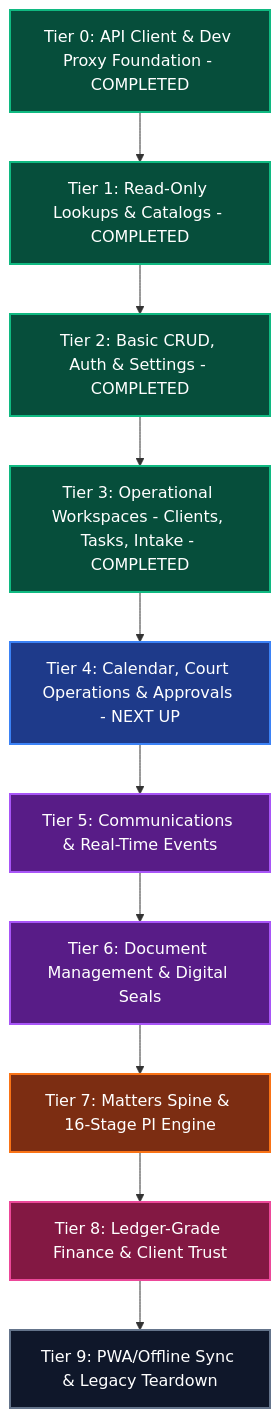
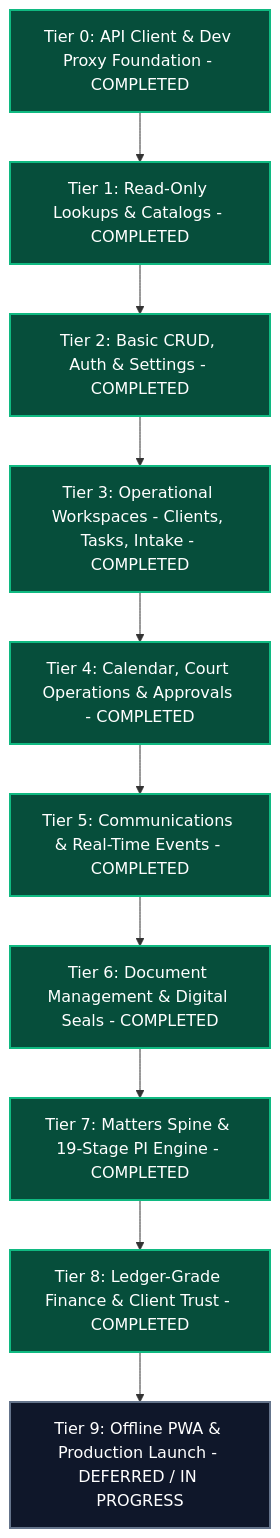
One commit to davemusau00/KKA changed the diagram in backend-frontend-integration.md. Above: the diagram before and after it, drawn with Mermaid. The commit also changed other lines of this file and 6 other files, not shown here.

````diff
--- a/backend-frontend-integration.md
+++ b/backend-frontend-integration.md
@@ -99,23 +99,23 @@
 ```mermaid
 graph TD
     T0[Tier 0: API Client & Dev Proxy Foundation - COMPLETED] --> T1[Tier 1: Read-Only Lookups & Catalogs - COMPLETED]
     T1 --> T2[Tier 2: Basic CRUD, Auth & Settings - COMPLETED]
     T2 --> T3[Tier 3: Operational Workspaces - Clients, Tasks, Intake - COMPLETED]
-    T3 --> T4[Tier 4: Calendar, Court Operations & Approvals - NEXT UP]
-    T4 --> T5[Tier 5: Communications & Real-Time Events]
-    T5 --> T6[Tier 6: Document Management & Digital Seals]
-    T6 --> T7[Tier 7: Matters Spine & 16-Stage PI Engine]
-    T7 --> T8[Tier 8: Ledger-Grade Finance & Client Trust]
-    T8 --> T9[Tier 9: PWA/Offline Sync & Legacy Teardown]
+    T3 --> T4[Tier 4: Calendar, Court Operations & Approvals - COMPLETED]
+    T4 --> T5[Tier 5: Communications & Real-Time Events - COMPLETED]
+    T5 --> T6[Tier 6: Document Management & Digital Seals - COMPLETED]
+    T6 --> T7[Tier 7: Matters Spine & 19-Stage PI Engine - COMPLETED]
+    T7 --> T8[Tier 8: Ledger-Grade Finance & Client Trust - COMPLETED]
+    T8 --> T9[Tier 9: Offline PWA & Production Launch - DEFERRED / IN PROGRESS]
 
     style T0 fill:#064e3b,stroke:#10b981,stroke-width:2px,color:#fff
     style T1 fill:#064e3b,stroke:#10b981,stroke-width:2px,color:#fff
     style T2 fill:#064e3b,stroke:#10b981,stroke-width:2px,color:#fff
     style T3 fill:#064e3b,stroke:#10b981,stroke-width:2px,color:#fff
-    style T4 fill:#1e3a8a,stroke:#3b82f6,stroke-width:2px,color:#fff
-    style T5 fill:#581c87,stroke:#a855f7,stroke-width:2px,color:#fff
-    style T6 fill:#581c87,stroke:#a855f7,stroke-width:2px,color:#fff
-    style T7 fill:#7c2d12,stroke:#f97316,stroke-width:2px,color:#fff
-    style T8 fill:#831843,stroke:#ec4899,stroke-width:2px,color:#fff
+    style T4 fill:#064e3b,stroke:#10b981,stroke-width:2px,color:#fff
+    style T5 fill:#064e3b,stroke:#10b981,stroke-width:2px,color:#fff
+    style T6 fill:#064e3b,stroke:#10b981,stroke-width:2px,color:#fff
+    style T7 fill:#064e3b,stroke:#10b981,stroke-width:2px,color:#fff
+    style T8 fill:#064e3b,stroke:#10b981,stroke-width:2px,color:#fff
     style T9 fill:#0f172a,stroke:#64748b,stroke-width:2px,color:#fff
 ```
````
